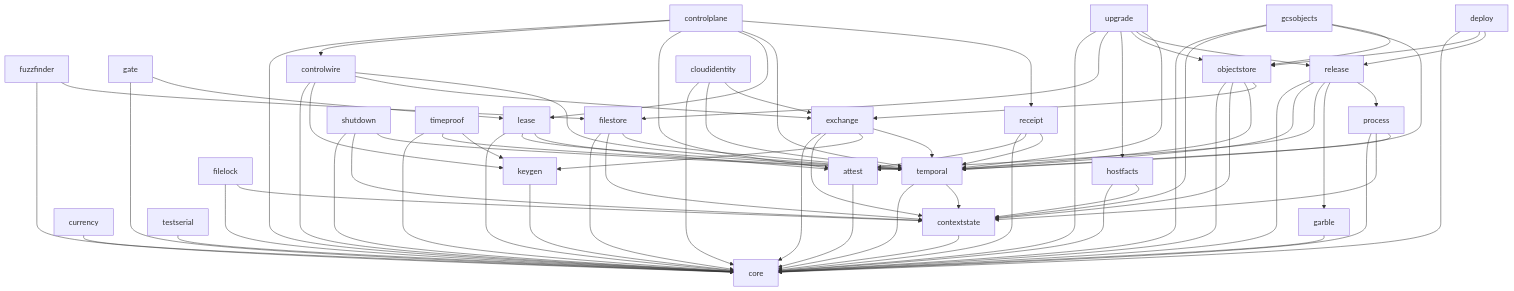
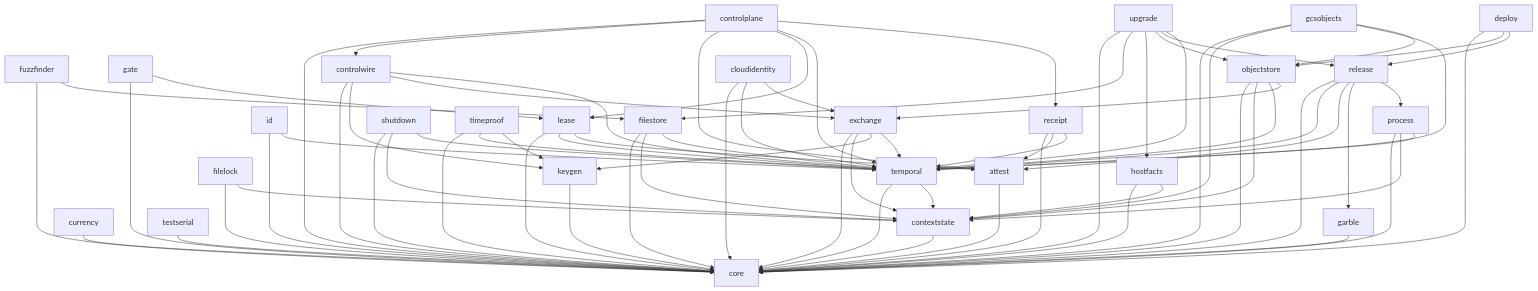
Before and after one commit to deliri/primitive: the diagram in README.md, drawn with Mermaid. The commit also changed 15 other files, not shown here.

```diff
--- a/README.md
+++ b/README.md
@@ -48,6 +48,8 @@
     exchange --> contextstate
     exchange --> keygen
     exchange --> temporal
+    id[id] --> core
+    id --> temporal
     fuzzfinder[fuzzfinder] --> core
     fuzzfinder --> filestore
     lease[lease] --> core
```
